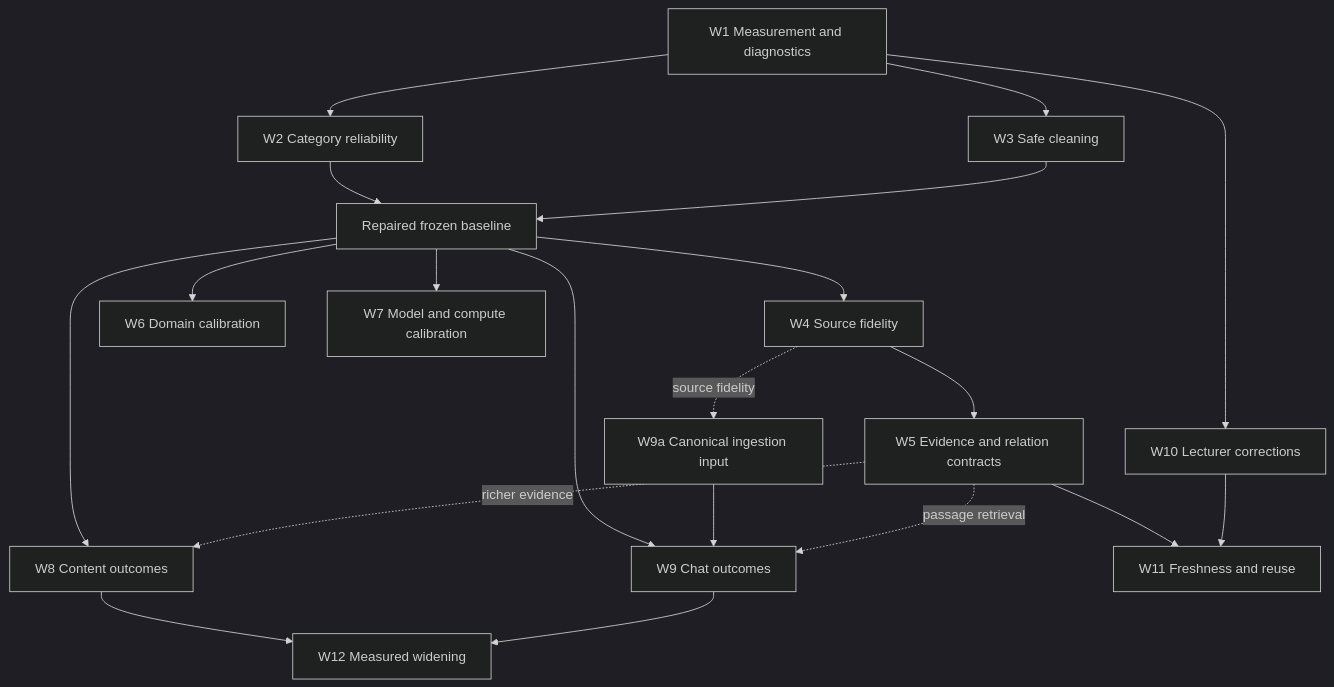
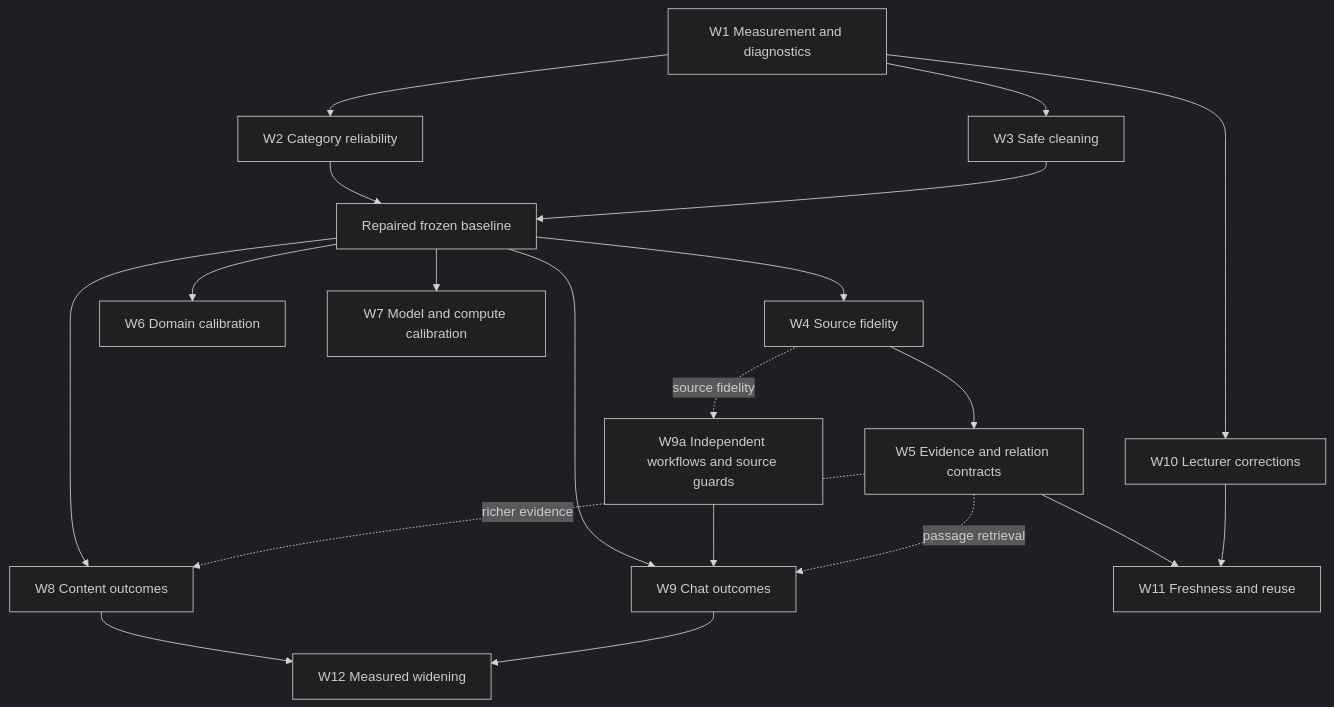
One commit to uzh-bf/klicker-uzh changed the diagram in project/2026-09-12-kg-quality-roadmap.md. Above: the diagram before and after it, drawn with Mermaid (dark theme). The commit also changed other lines of this file and 23 other files, not shown here.

Commit message:
fix(knowledge): keep ingestion and graph workflows independent

````diff
--- a/project/2026-09-12-kg-quality-roadmap.md
+++ b/project/2026-09-12-kg-quality-roadmap.md
@@ -421,22 +415,22 @@
 ```mermaid
 flowchart TD
   W1[W1 Measurement and diagnostics] --> W2[W2 Category reliability]
   W1 --> W3[W3 Safe cleaning]
   W2 --> R[Repaired frozen baseline]
   W3 --> R
   R --> W4[W4 Source fidelity]
   W4 --> W5[W5 Evidence and relation contracts]
   R --> W6[W6 Domain calibration]
   R --> W7[W7 Model and compute calibration]
   R --> W8[W8 Content outcomes]
   R --> W9[W9 Chat outcomes]
-  W4 -. source fidelity .-> W9a[W9a Canonical ingestion input]
+  W4 -. source fidelity .-> W9a[W9a Independent workflows and source guards]
   W9a --> W9
   W5 -. richer evidence .-> W8
   W5 -. passage retrieval .-> W9
   W1 --> W10[W10 Lecturer corrections]
   W5 --> W11[W11 Freshness and reuse]
   W10 --> W11
   W8 --> W12[W12 Measured widening]
   W9 --> W12
 ```
````
